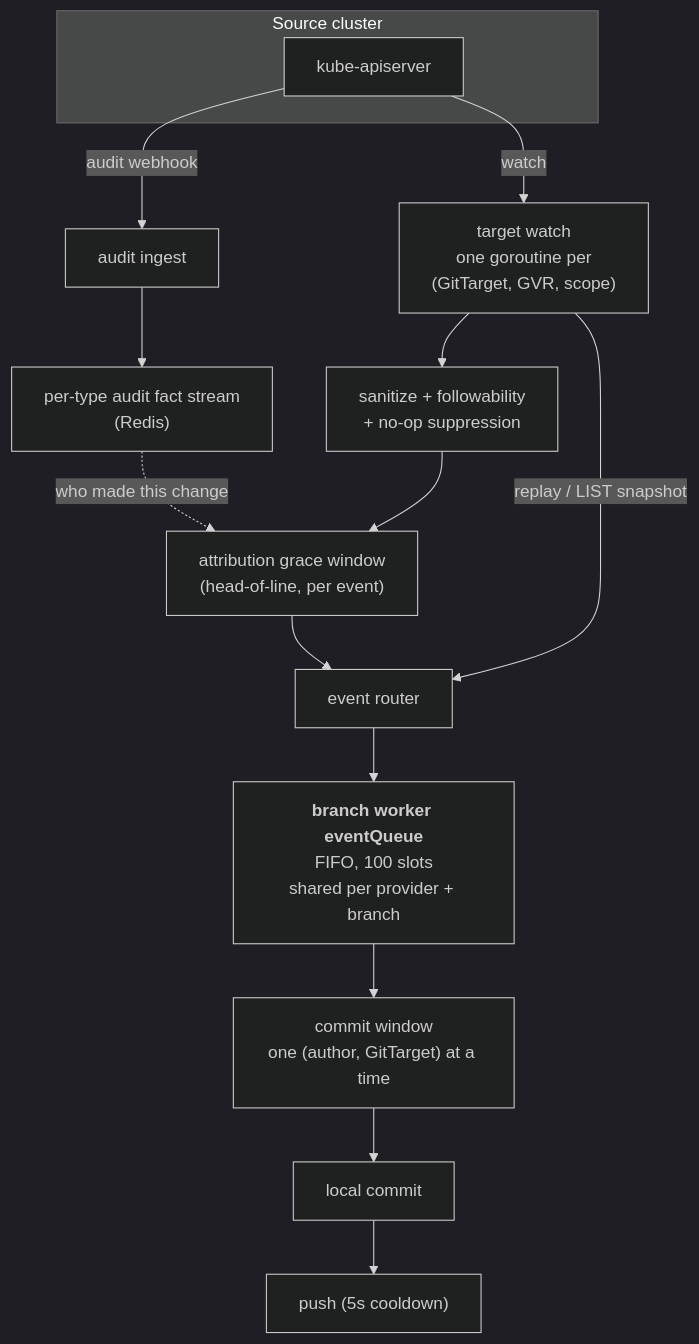
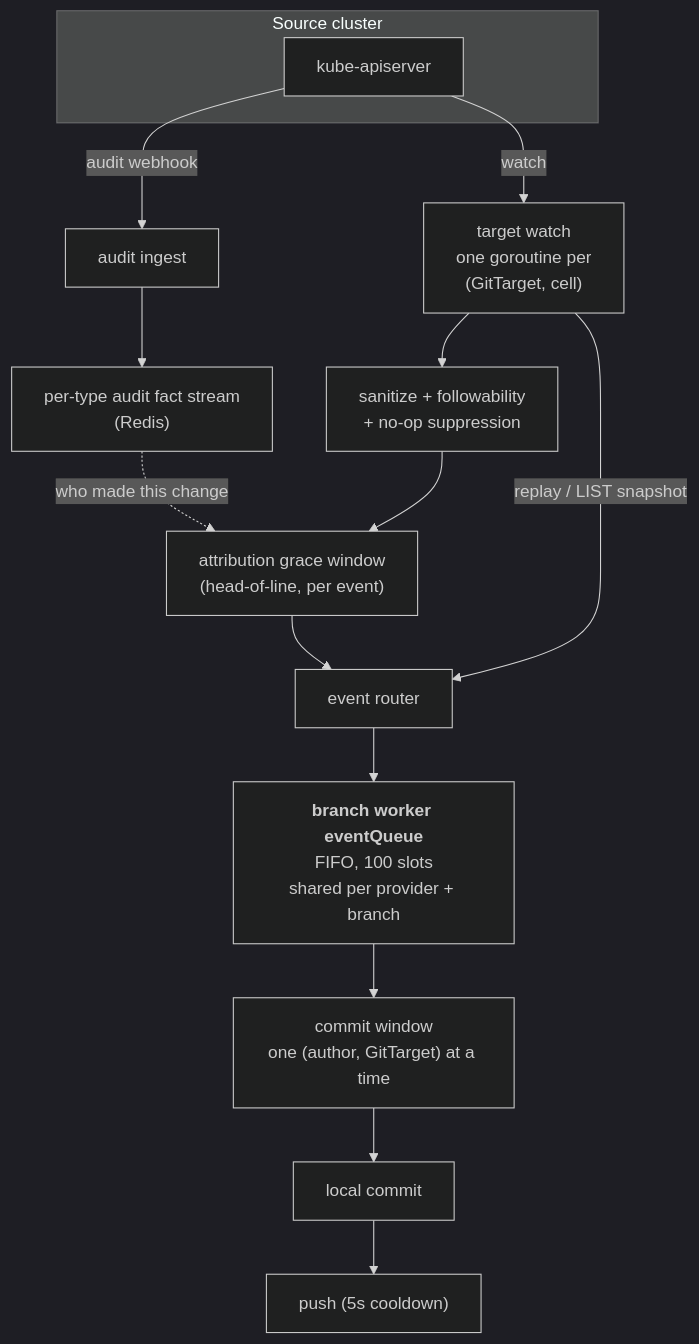
Before and after one commit to ConfigButler/gitops-reverser: the second of 5 diagrams in docs/design/data-plane-triggering.md, drawn with Mermaid (dark theme). The commit also changed other lines of this file and 101 other files, not shown here.

First line of the commit message:
feat(watch): one owner for the watch plane, diffed per cell (#315)

````diff
--- a/docs/design/data-plane-triggering.md
+++ b/docs/design/data-plane-triggering.md
@@ -105,23 +82,23 @@
 ```mermaid
 flowchart TB
     subgraph Cluster["Source cluster"]
         API["kube-apiserver"]
     end
 
     API -->|"audit webhook"| AUD["audit ingest"]
     AUD --> FS["per-type audit fact stream<br/>(Redis)"]
 
-    API -->|"watch"| TW["target watch<br/>one goroutine per<br/>(GitTarget, GVR, scope)"]
+    API -->|"watch"| TW["target watch<br/>one goroutine per<br/>(GitTarget, cell)"]
 
     TW --> SAN["sanitize + followability<br/>+ no-op suppression"]
     SAN --> GR["attribution grace window<br/>(head-of-line, per event)"]
     FS -.->|"who made this change"| GR
 
     GR --> ER["event router"]
     TW -->|"replay / LIST snapshot"| ER
 
     ER --> Q["<b>branch worker eventQueue</b><br/>FIFO, 100 slots<br/>shared per provider + branch"]
     Q --> CW["commit window<br/>one (author, GitTarget) at a time"]
     CW --> C["local commit"]
     C --> P["push (5s cooldown)"]
 ```
````
